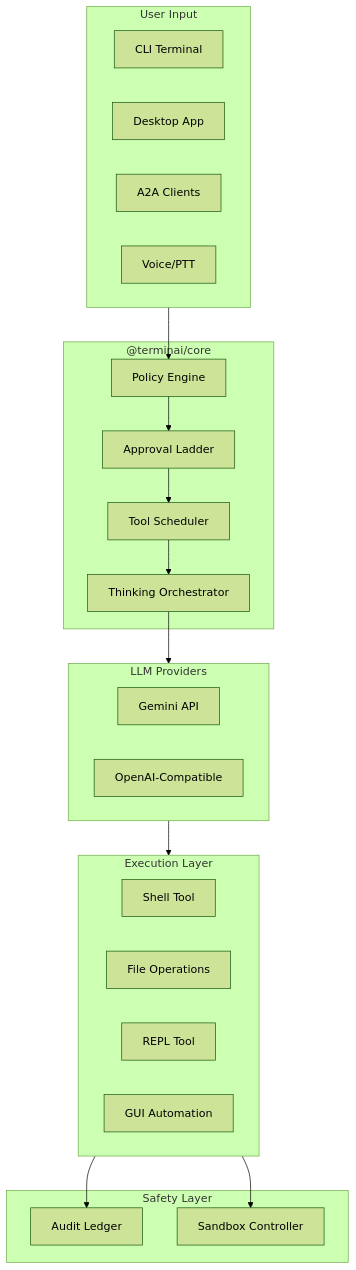
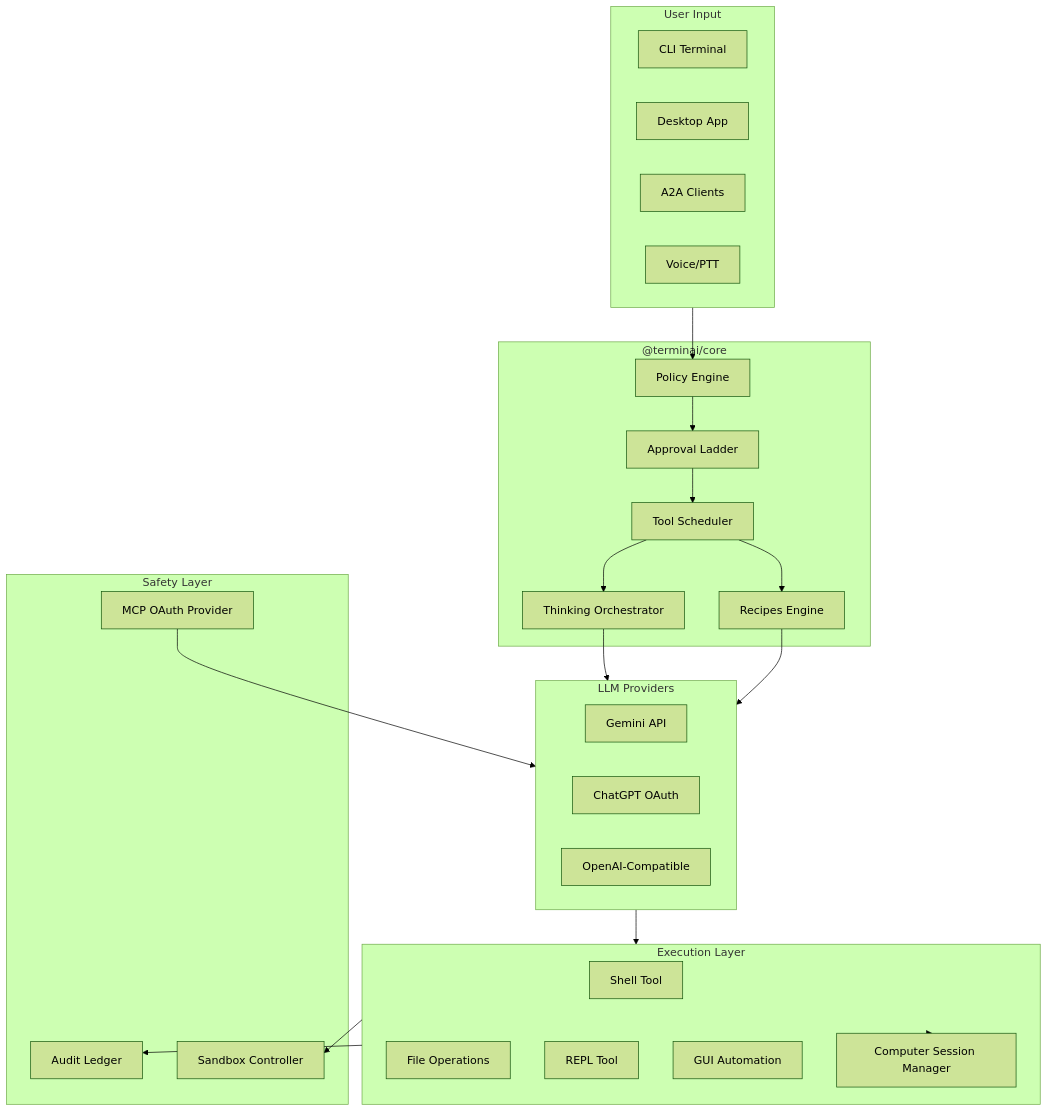
The diagram in AGENTS.md (Prof-Harita/terminaI), drawn with Mermaid (forest theme) before and after one commit. The commit also changed other lines of this file and 27 other files, not shown here.

````diff
--- a/AGENTS.md
+++ b/AGENTS.md
@@ -95,42 +104,50 @@
 ```mermaid
 flowchart TB
     subgraph Input["User Input"]
         CLI[CLI Terminal]
         Desktop[Desktop App]
         A2A[A2A Clients]
         Voice[Voice/PTT]
     end
 
     subgraph Core["@terminai/core"]
         Policy[Policy Engine]
         Approval[Approval Ladder]
         Tools[Tool Scheduler]
         Brain[Thinking Orchestrator]
+        Recipes[Recipes Engine]
     end
 
     subgraph LLM["LLM Providers"]
         Gemini[Gemini API]
+        ChatGPT[ChatGPT OAuth]
         OpenAI[OpenAI-Compatible]
     end
 
     subgraph Execution["Execution Layer"]
         Shell[Shell Tool]
         FileOps[File Operations]
         REPL[REPL Tool]
         GUI[GUI Automation]
+        Computer[Computer Session Manager]
     end
 
     subgraph Safety["Safety Layer"]
         Audit[Audit Ledger]
         Sandbox[Sandbox Controller]
+        MCP[MCP OAuth Provider]
     end
 
     Input --> Policy
     Policy --> Approval
     Approval --> Tools
     Tools --> Brain
+    Tools --> Recipes
     Brain --> LLM
+    Recipes --> LLM
     LLM --> Execution
+    Execution --> Computer
     Execution --> Sandbox
     Execution --> Audit
+    MCP --> LLM
 ```
````
